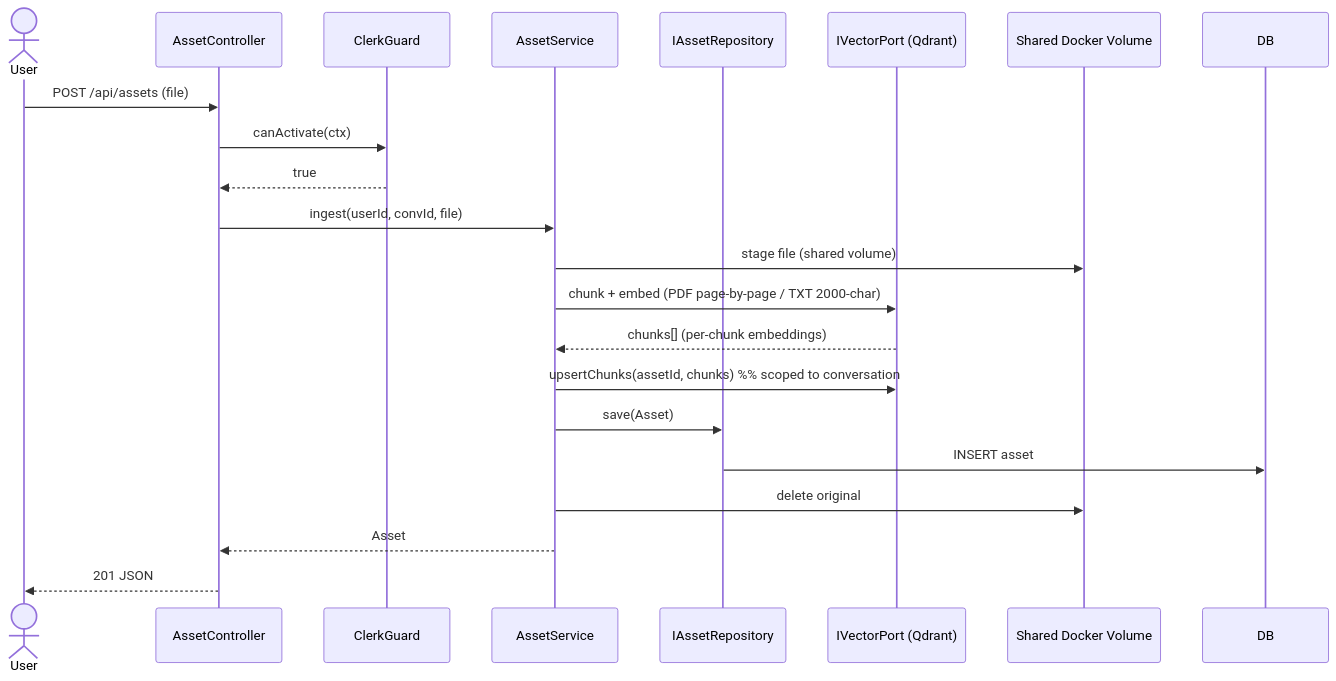
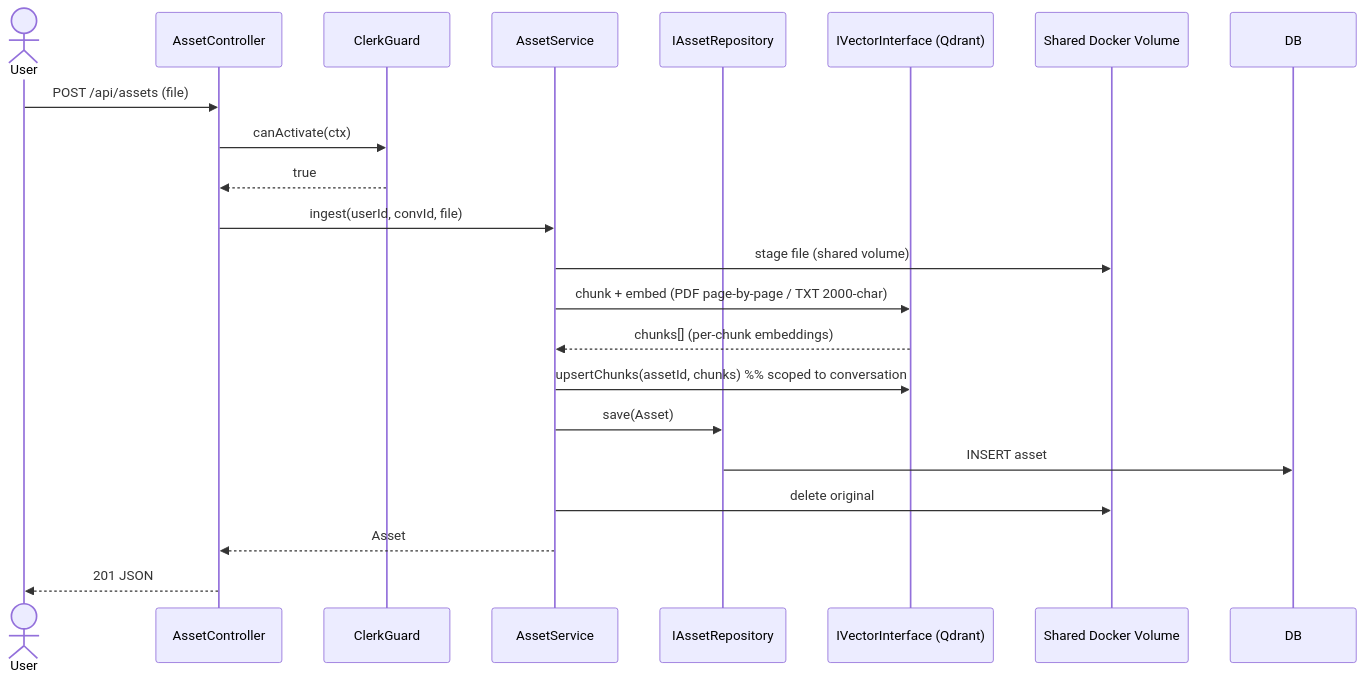
One commit to Glitch-guy0/chaiGPT changed the fourth of 6 diagrams in _bmad-output/planning-artifacts/03-sequence.md. Above: the diagram before and after it, drawn with Mermaid. The commit also changed other lines of this file and 7 other files, not shown here.

Commit message:
checking uml diagrams

````diff
--- a/_bmad-output/planning-artifacts/03-sequence.md
+++ b/_bmad-output/planning-artifacts/03-sequence.md
@@ -90,24 +102,24 @@
 ```mermaid
 sequenceDiagram
     actor User
     participant AC as AssetController
     participant G as ClerkGuard
     participant AS as AssetService
     participant AR as IAssetRepository
-    participant VEC as IVectorPort (Qdrant)
+    participant VEC as IVectorInterface (Qdrant)
     participant VOL as Shared Docker Volume
 
     User->>AC: POST /api/assets (file)
     AC->>G: canActivate(ctx)
     G-->>AC: true
     AC->>AS: ingest(userId, convId, file)
     AS->>VOL: stage file (shared volume)
     AS->>VEC: chunk + embed (PDF page-by-page / TXT 2000-char)
     VEC-->>AS: chunks[] (per-chunk embeddings)
     AS->>VEC: upsertChunks(assetId, chunks)  %% scoped to conversation
     AS->>AR: save(Asset)
     AR->>DB: INSERT asset
     AS->>VOL: delete original
     AS-->>AC: Asset
     AC-->>User: 201 JSON
 ```
````
